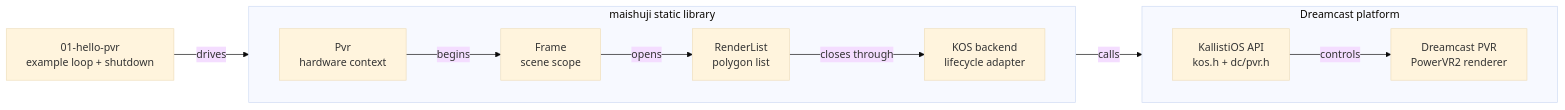
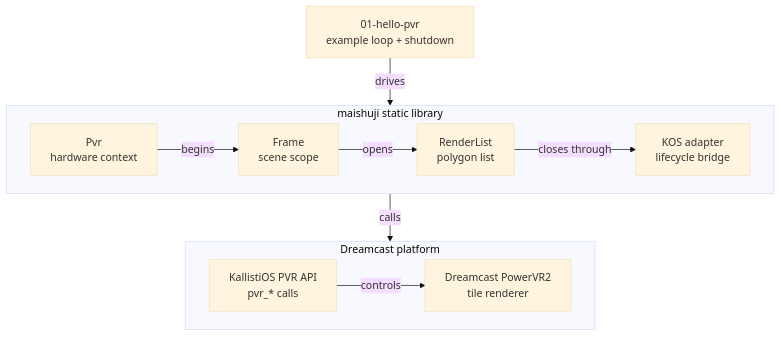
The first of 2 diagrams in docs/architecture-diagrams.md (maishuji/maishuji-lab), drawn with Mermaid before and after one commit. The commit also changed other lines of this file, not shown here.

First line of the commit message:
docs(diagrams): stack PVR architecture view

```diff
--- a/docs/architecture-diagrams.md
+++ b/docs/architecture-diagrams.md
@@ -16,28 +16,28 @@
 ~~~mermaid
-%%{init: {"theme": "base", "flowchart": {"htmlLabels": true, "nodeSpacing": 48, "rankSpacing": 68, "curve": "linear"}}}%%
-flowchart LR
+%%{init: {"theme": "base", "flowchart": {"htmlLabels": true, "nodeSpacing": 36, "rankSpacing": 48, "curve": "linear"}}}%%
+flowchart TB
     app["01-hello-pvr<br/>example loop + shutdown"]
 
     subgraph library [maishuji static library]
         direction LR
         pvr["Pvr<br/>hardware context"]
         frame["Frame<br/>scene scope"]
         list["RenderList<br/>polygon list"]
-        adapter["KOS backend<br/>lifecycle adapter"]
+        adapter["KOS adapter<br/>lifecycle bridge"]
 
         pvr -->|begins| frame
         frame -->|opens| list
         list -->|closes through| adapter
     end
 
     subgraph platform [Dreamcast platform]
         direction LR
-        kos["KallistiOS API<br/>kos.h + dc/pvr.h"]
-        hardware["Dreamcast PVR<br/>PowerVR2 renderer"]
+        kos["KallistiOS PVR API<br/>pvr_* calls"]
+        hardware["Dreamcast PowerVR2<br/>tile renderer"]
 
         kos -->|controls| hardware
     end
 
     app -->|drives| pvr
     adapter -->|calls| kos
 ~~~
```
